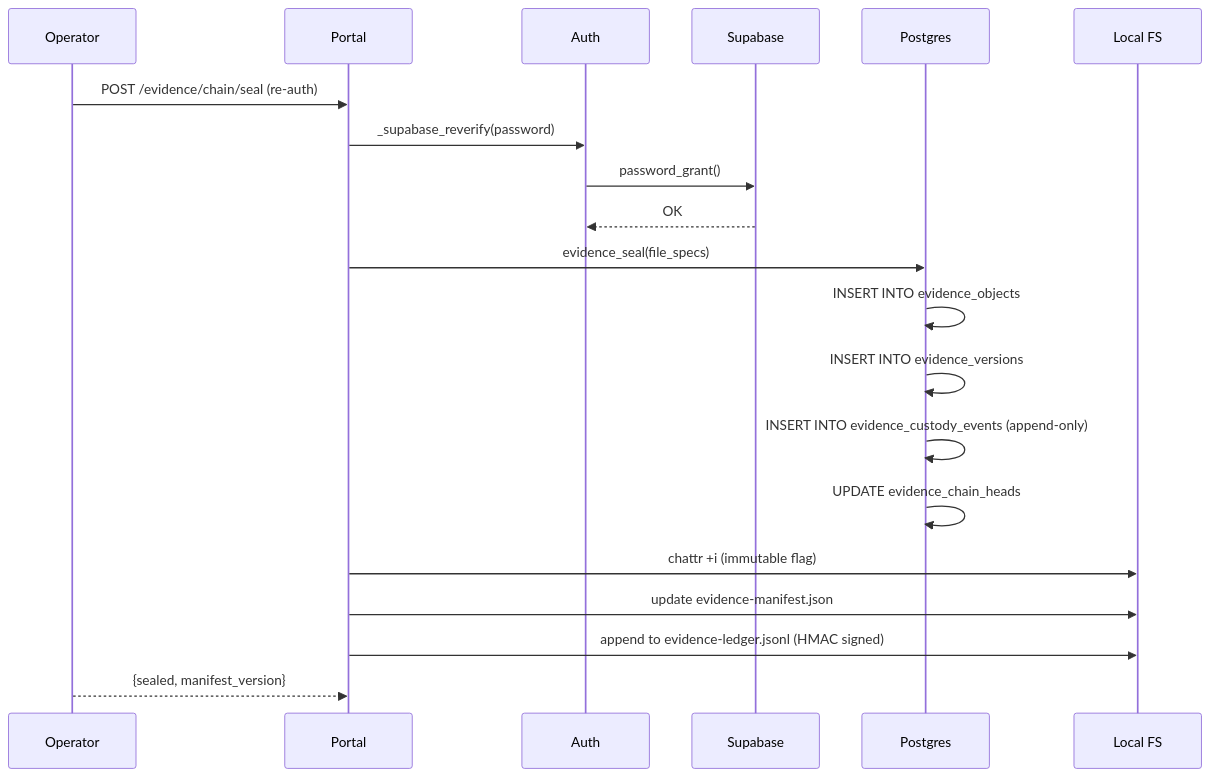
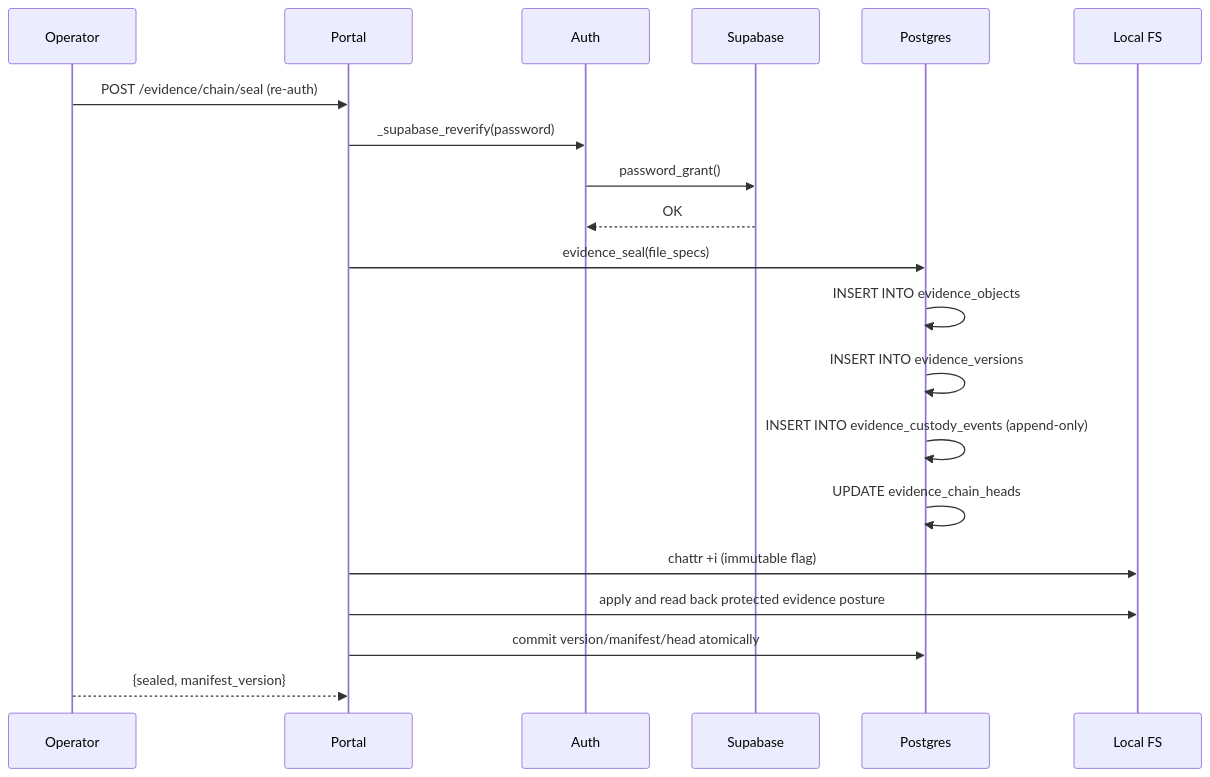
Before and after one commit to xyehya/sift-mcps: the third of 6 diagrams in docs/latest/10 - Request and Data Flow.md, drawn with Mermaid. The commit also changed 16 other files, not shown here.

````diff
--- a/docs/latest/10 - Request and Data Flow.md
+++ b/docs/latest/10 - Request and Data Flow.md
@@ -98,23 +98,23 @@
 ```mermaid
 sequenceDiagram
     participant Operator as Operator
     participant Portal as Portal
     participant Auth as Auth
     participant Supabase as Supabase
     participant Postgres as Postgres
     participant FS as Local FS
 
     Operator->>Portal: POST /evidence/chain/seal (re-auth)
     Portal->>Auth: _supabase_reverify(password)
     Auth->>Supabase: password_grant()
     Supabase-->>Auth: OK
     Portal->>Postgres: evidence_seal(file_specs)
     Postgres->>Postgres: INSERT INTO evidence_objects
     Postgres->>Postgres: INSERT INTO evidence_versions
     Postgres->>Postgres: INSERT INTO evidence_custody_events (append-only)
     Postgres->>Postgres: UPDATE evidence_chain_heads
     Portal->>FS: chattr +i (immutable flag)
-    Portal->>FS: update evidence-manifest.json
-    Portal->>FS: append to evidence-ledger.jsonl (HMAC signed)
+    Portal->>FS: apply and read back protected evidence posture
+    Portal->>Postgres: commit version/manifest/head atomically
     Operator-->>Portal: {sealed, manifest_version}
 ```
````
